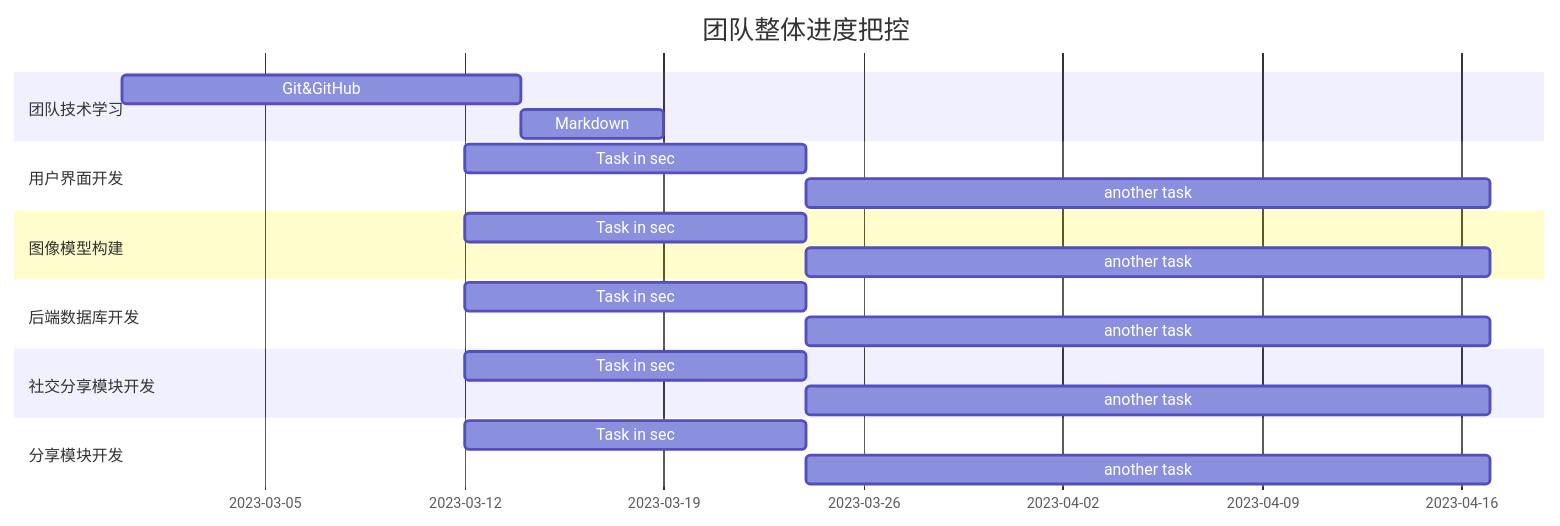
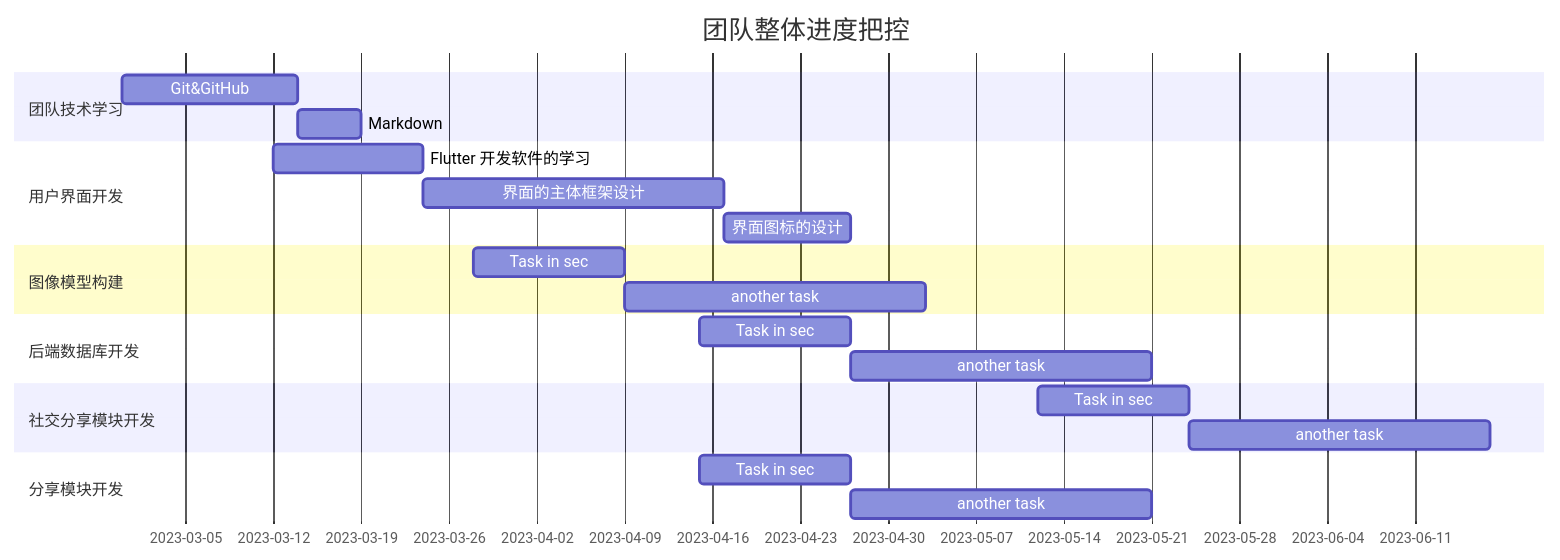
The diagram in README.md (jwj1342/VanGogh), drawn with Mermaid before and after one commit. The commit also changed other lines of this file, not shown here.

Commit message:
最终更新甘特图，删除冗余部分

````diff
--- a/README.md
+++ b/README.md
@@ -129,29 +121,30 @@
 ```mermaid
 gantt
 	title 团队整体进度把控
 	dateFormat MM-DD
 	
 	section 团队技术学习
     Git&GitHub           :a1, 2023-02-28, 14d
     Markdown     :a2, after a1  , 5d
     
     section 用户界面开发
-    Task in sec      :2023-03-12  , 12d
-    another task      : 24d
+    Flutter 开发软件的学习      :2023-03-12  , 12d
+    界面的主体框架设计      : 24d
+    界面图标的设计         :10d
     
     section 图像模型构建
-    Task in sec      :2023-03-12  , 12d
+    Task in sec      :2023-03-28  , 12d
     another task      : 24d
     
     section 后端数据库开发
-    Task in sec      :2023-03-12  , 12d
+    Task in sec      :2023-04-15  , 12d
     another task      : 24d
     
     section 社交分享模块开发
-    Task in sec      :2023-03-12  , 12d
+    Task in sec      :2023-05-12  , 12d
     another task      : 24d
     
     section 分享模块开发
-    Task in sec      :2023-03-12  , 12d
+    Task in sec      :2023-04-15  , 12d
     another task      : 24d
 ```
````
